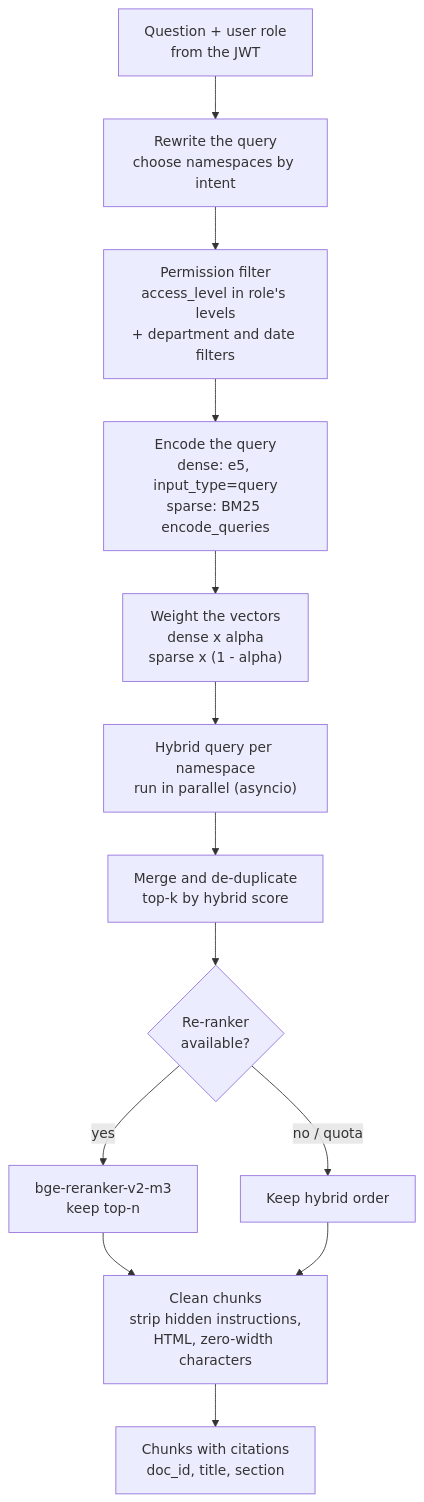
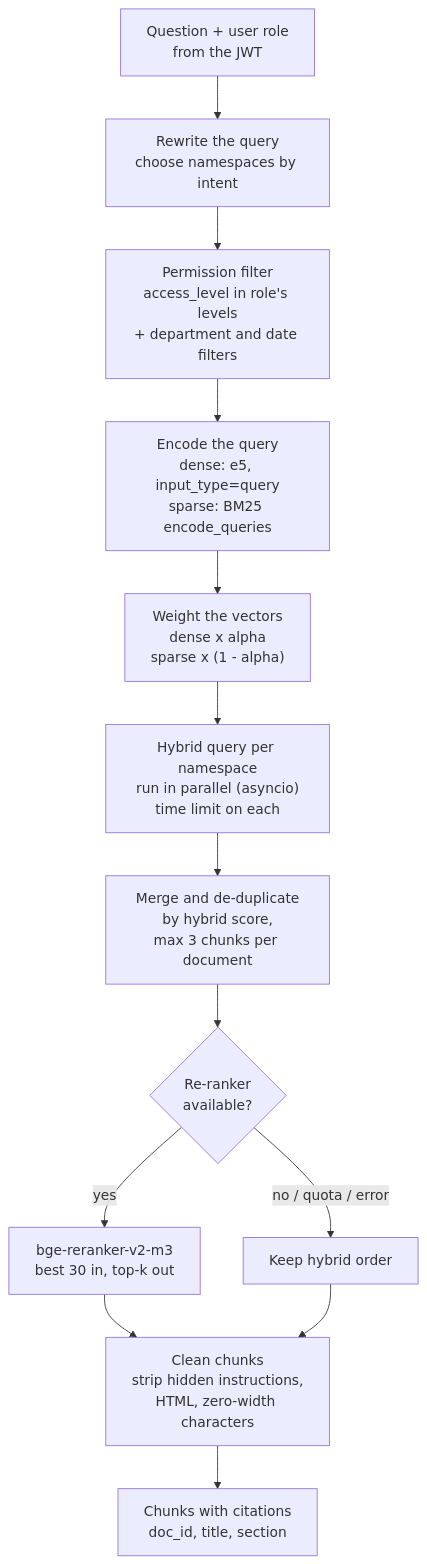
Before and after one commit to madukawala/enterprise-knowledge-agent: the second of 2 diagrams in docs/architecture/04-search-pipeline.md, drawn with Mermaid. The commit also changed other lines of this file and 54 other files, not shown here.

````diff
--- a/docs/architecture/04-search-pipeline.md
+++ b/docs/architecture/04-search-pipeline.md
@@ -29,15 +29,15 @@
 ```mermaid
 flowchart TB
     Q["Question + user role<br/>from the JWT"] --> R["Rewrite the query<br/>choose namespaces by intent"]
     R --> P["Permission filter<br/>access_level in role's levels<br/>+ department and date filters"]
     P --> V["Encode the query<br/>dense: e5, input_type=query<br/>sparse: BM25 encode_queries"]
     V --> W["Weight the vectors<br/>dense x alpha<br/>sparse x (1 - alpha)"]
-    W --> S["Hybrid query per namespace<br/>run in parallel (asyncio)"]
-    S --> M["Merge and de-duplicate<br/>top-k by hybrid score"]
+    W --> S["Hybrid query per namespace<br/>run in parallel (asyncio)<br/>time limit on each"]
+    S --> M["Merge and de-duplicate<br/>by hybrid score,<br/>max 3 chunks per document"]
     M --> K{"Re-ranker<br/>available?"}
-    K -- yes --> RR["bge-reranker-v2-m3<br/>keep top-n"]
-    K -- "no / quota" --> HO["Keep hybrid order"]
+    K -- yes --> RR["bge-reranker-v2-m3<br/>best 30 in, top-k out"]
+    K -- "no / quota / error" --> HO["Keep hybrid order"]
     RR --> CL["Clean chunks<br/>strip hidden instructions,<br/>HTML, zero-width characters"]
     HO --> CL
     CL --> O["Chunks with citations<br/>doc_id, title, section"]
 ```
````
